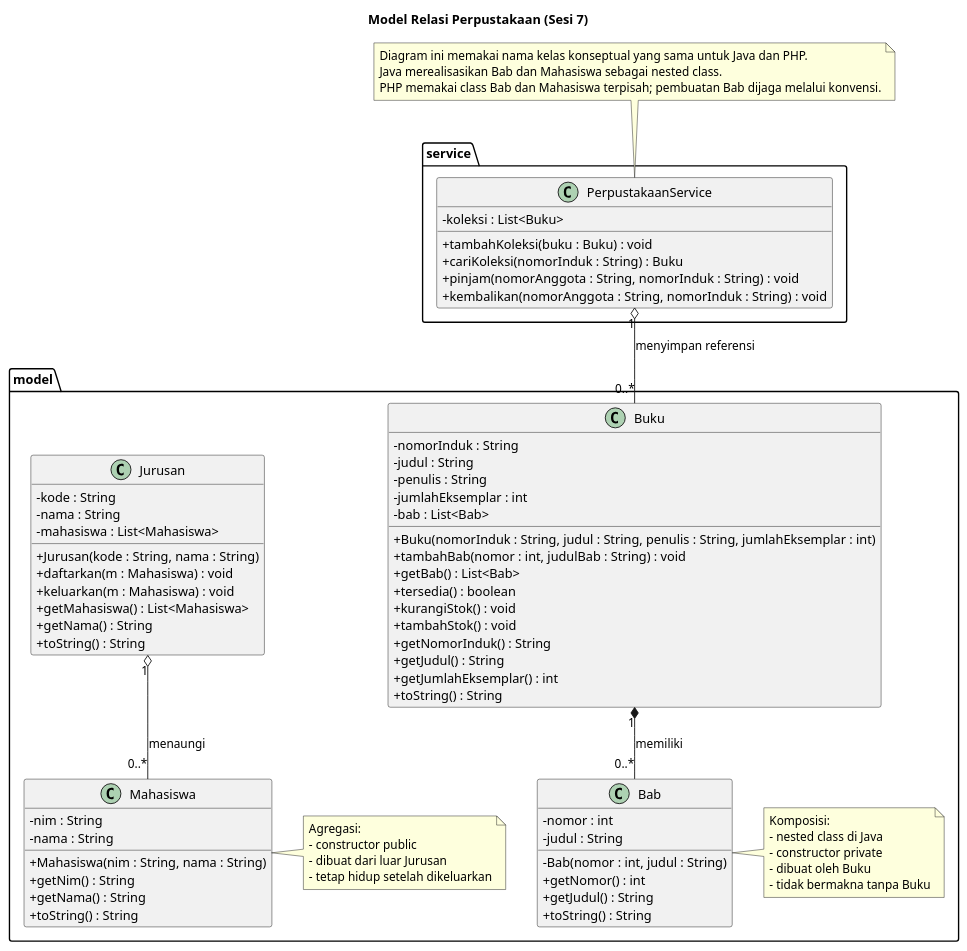
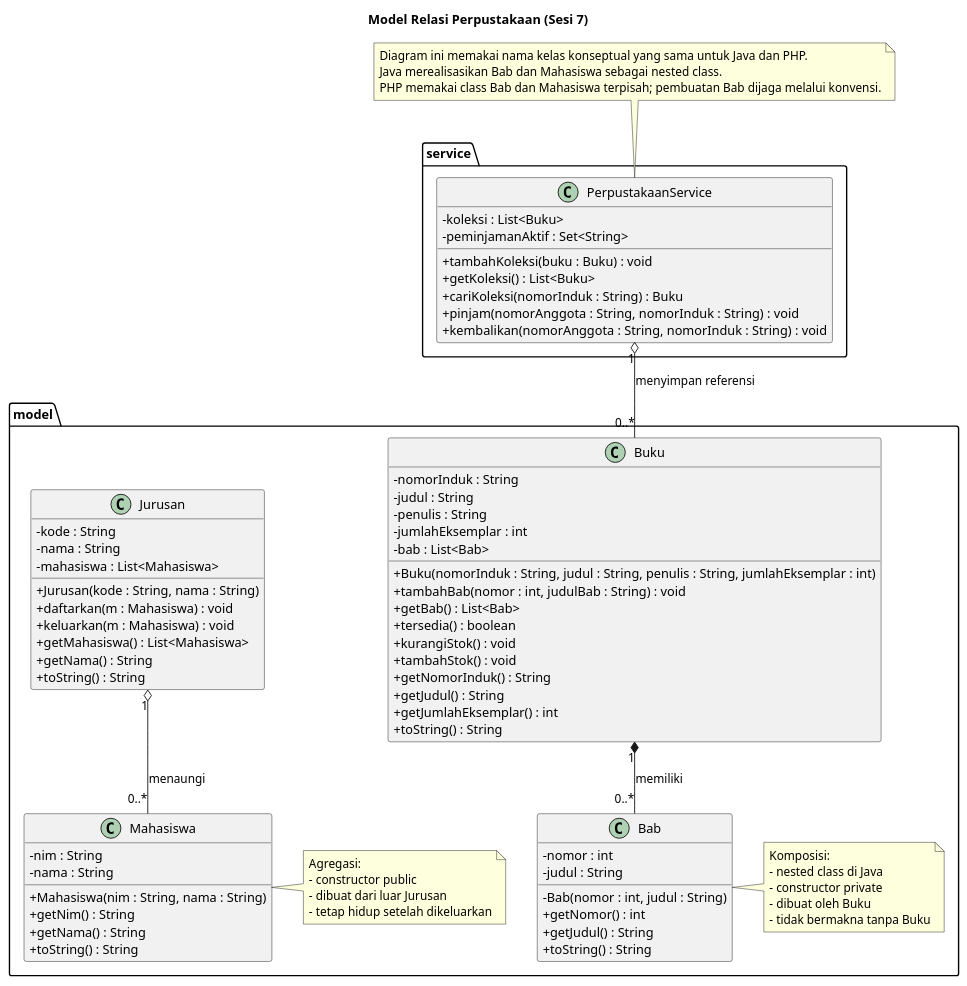
One commit to JihanIsfalana-oss/Praktikum-PBO-A-4525210110-MochammadJihanIsfalana changed the diagram in pert07/src/after/uml/perpustakaan-kerangka.puml. Above: the diagram before and after it, drawn with PlantUML. The commit also changed 2 other files, not shown here.

```diff
--- a/pert07/src/after/uml/perpustakaan-kerangka.puml
+++ b/pert07/src/after/uml/perpustakaan-kerangka.puml
@@ -1,91 +1,93 @@
 @startuml perpustakaan-class
 title Model Relasi Perpustakaan (Sesi 7)
 
 skinparam classAttributeIconSize 0
 skinparam shadowing false
 
 package model {
 
   class Buku {
     - nomorInduk : String
     - judul : String
     - penulis : String
     - jumlahEksemplar : int
     - bab : List<Bab>
     + Buku(nomorInduk : String, judul : String, penulis : String, jumlahEksemplar : int)
     + tambahBab(nomor : int, judulBab : String) : void
     + getBab() : List<Bab>
     + tersedia() : boolean
     + kurangiStok() : void
     + tambahStok() : void
     + getNomorInduk() : String
     + getJudul() : String
     + getJumlahEksemplar() : int
     + toString() : String
   }
 
   class Bab {
     - nomor : int
     - judul : String
     - Bab(nomor : int, judul : String)
     + getNomor() : int
     + getJudul() : String
     + toString() : String
   }
 
   class Jurusan {
     - kode : String
     - nama : String
     - mahasiswa : List<Mahasiswa>
     + Jurusan(kode : String, nama : String)
     + daftarkan(m : Mahasiswa) : void
     + keluarkan(m : Mahasiswa) : void
     + getMahasiswa() : List<Mahasiswa>
     + getNama() : String
     + toString() : String
   }
 
   class Mahasiswa {
     - nim : String
     - nama : String
     + Mahasiswa(nim : String, nama : String)
     + getNim() : String
     + getNama() : String
     + toString() : String
   }
 
   note right of Bab
     Komposisi:
     - nested class di Java
     - constructor private
     - dibuat oleh Buku
     - tidak bermakna tanpa Buku
   end note
 
   note right of Mahasiswa
     Agregasi:
     - constructor public
     - dibuat dari luar Jurusan
     - tetap hidup setelah dikeluarkan
   end note
 
   Buku "1" *-- "0..*" Bab : memiliki
   Jurusan "1" o-- "0..*" Mahasiswa : menaungi
 }
 
 package service {
   class PerpustakaanService {
     - koleksi : List<Buku>
+    - peminjamanAktif : Set<String>
     + tambahKoleksi(buku : Buku) : void
+    + getKoleksi() : List<Buku>
     + cariKoleksi(nomorInduk : String) : Buku
     + pinjam(nomorAnggota : String, nomorInduk : String) : void
     + kembalikan(nomorAnggota : String, nomorInduk : String) : void
   }
 
   PerpustakaanService "1" o-- "0..*" Buku : menyimpan referensi
 }
 
 note "Diagram ini memakai nama kelas konseptual yang sama untuk Java dan PHP.\nJava merealisasikan Bab dan Mahasiswa sebagai nested class.\nPHP memakai class Bab dan Mahasiswa terpisah; pembuatan Bab dijaga melalui konvensi." as N1
 N1 .. PerpustakaanService
 
 @enduml
```
